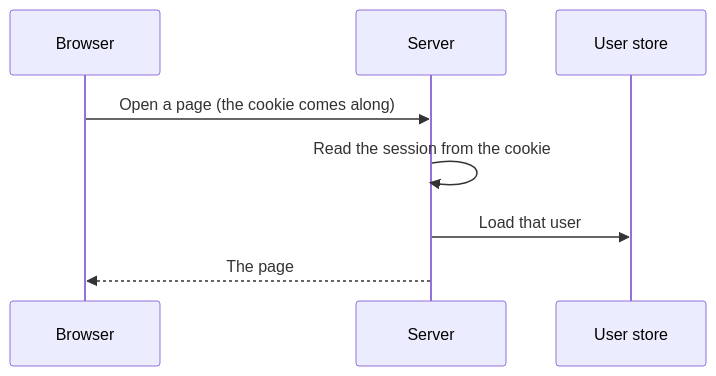
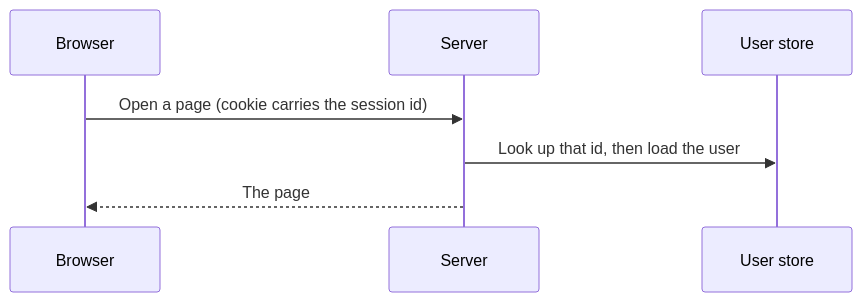
One commit to tgogos/CS_notes changed the second of 7 diagrams in auth/README.md. Above: the diagram before and after it, drawn with Mermaid. The commit also changed other lines of this file, not shown here.

Commit message:
Separate the session, its id, and the cookie, and treat the ID token as the Keycloak login result.

````diff
--- a/auth/README.md
+++ b/auth/README.md
@@ -72,11 +81,10 @@
 ```mermaid
 sequenceDiagram
   participant Browser
   participant Server
   participant DB as User store
 
-  Browser->>Server: Open a page (the cookie comes along)
-  Server->>Server: Read the session from the cookie
-  Server->>DB: Load that user
+  Browser->>Server: Open a page (cookie carries the session id)
+  Server->>DB: Look up that id, then load the user
   Server-->>Browser: The page
 ```
````
